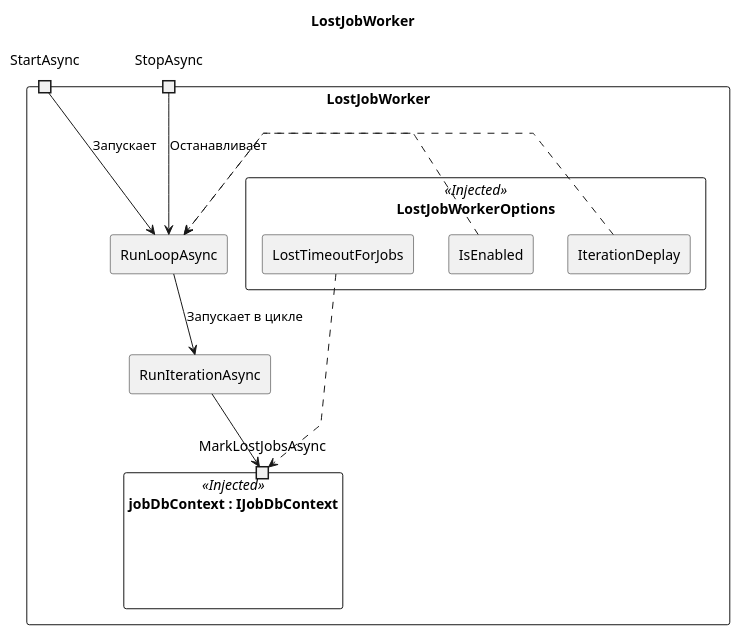
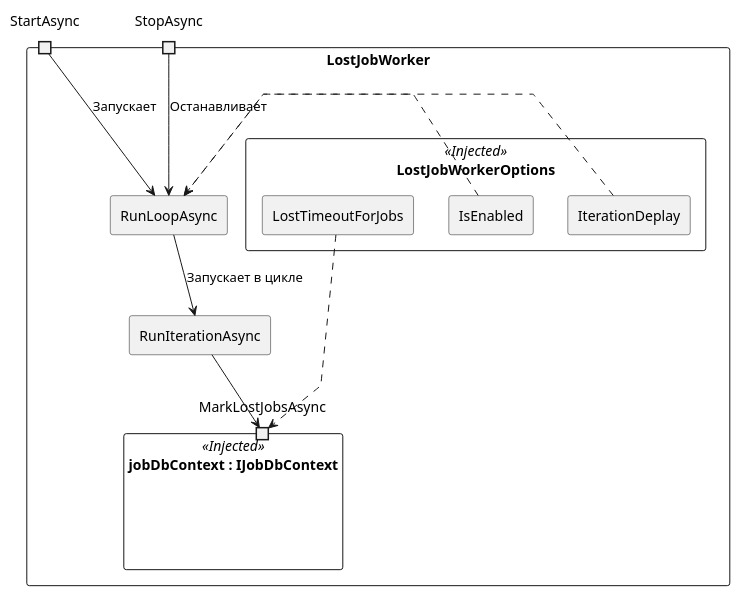
Before and after one commit to mrypdm/JobSystem: the second of 2 diagrams in docs/diagrams/structure/Job.WebApi.puml, drawn with PlantUML. The commit also changed other lines of this file and 8 other files, not shown here.

```diff
--- a/docs/diagrams/structure/Job.WebApi.puml
+++ b/docs/diagrams/structure/Job.WebApi.puml
@@ -44,35 +42,33 @@
 @startuml LostJobWorker
 skinparam componentStyle rectangle
 skinparam linetype polyline
-
-title LostJobWorker
 
 component LostJobWorker {
     component LostJobWorkerOptions << Injected >> {
         [IsEnabled]
         [IterationDeplay]
         [LostTimeoutForJobs]
     }
 
     [RunLoopAsync]
     [RunIterationAsync]
 
     component "jobDbContext : IJobDbContext" << Injected >> as jobDbContext {
         portin "MarkLostJobsAsync" as db_markLost
     }
 
     portin "StartAsync"
     portin "StopAsync"
 
     StartAsync --> RunLoopAsync : Запускает
     StopAsync --> RunLoopAsync : Останавливает
 
     RunLoopAsync --> RunIterationAsync : Запускает в цикле
     IterationDeplay .> RunLoopAsync
     IsEnabled .> RunLoopAsync
 
     RunIterationAsync --> db_markLost
     LostTimeoutForJobs .> db_markLost
 }
 
 @enduml
```
